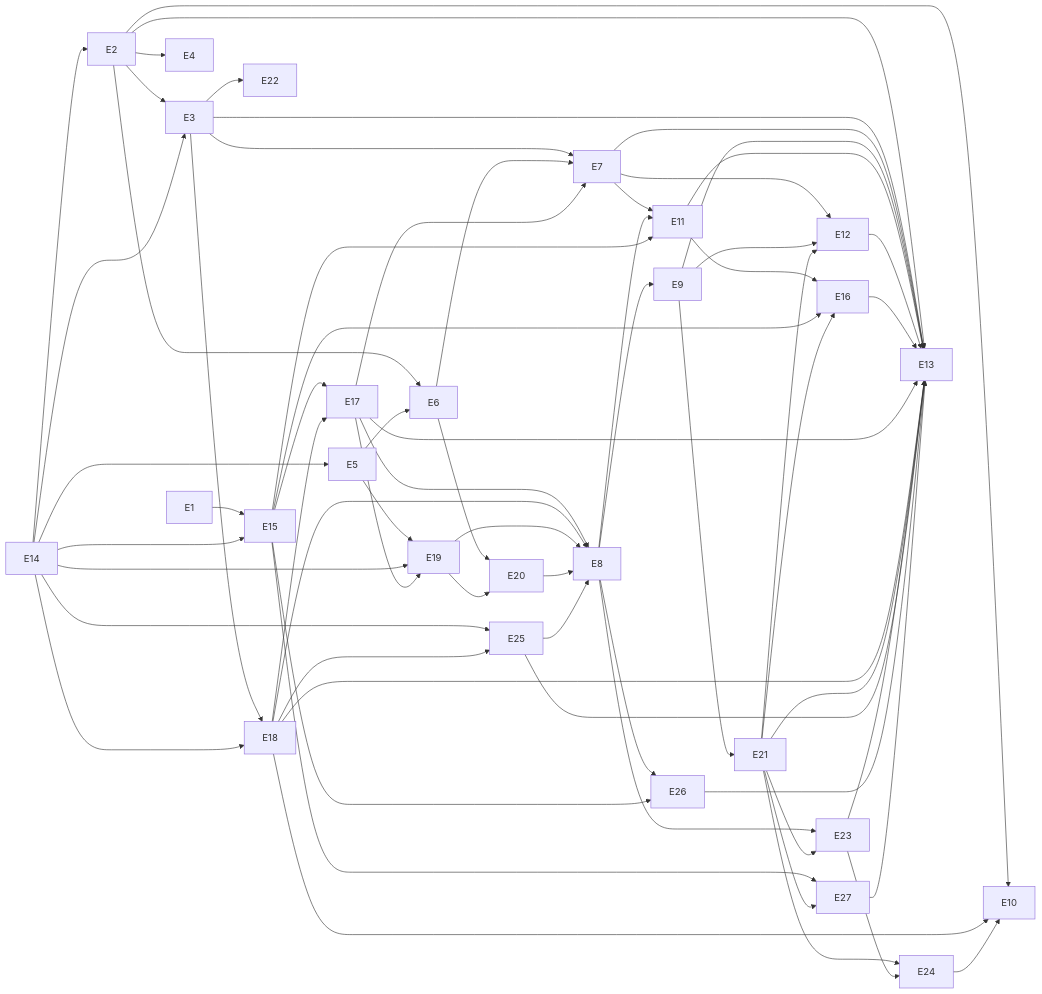
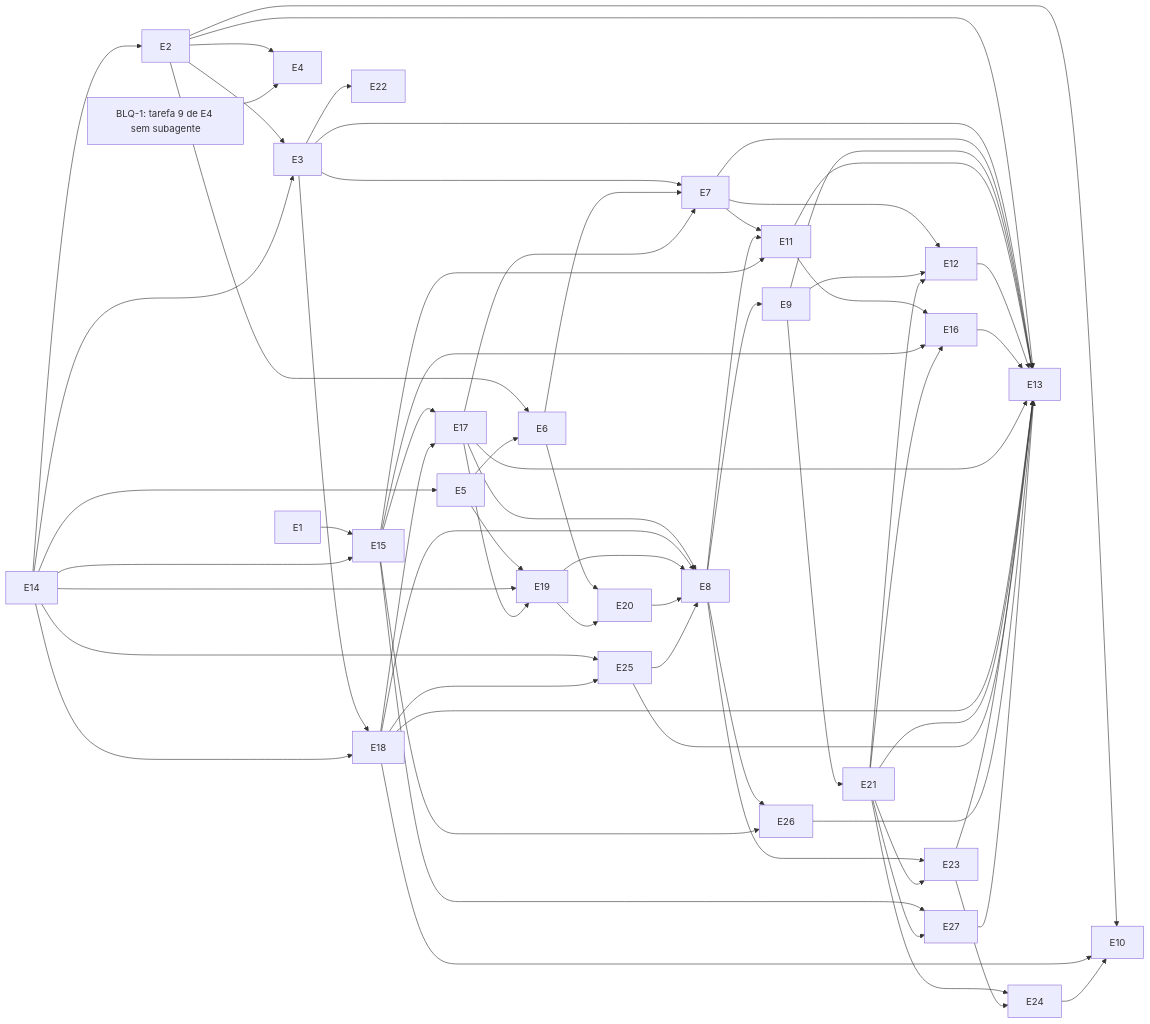
Before and after one commit to odeciojunior/claude-play: the diagram in docs/plans/roadmap-evolucao-skills/critical-path.md, drawn with Mermaid. The commit also changed other lines of this file and 2 other files, not shown here.

Commit message:
docs(roadmap): E4 bloqueado (BLQ-1), tarefa 9 sem subagente

````diff
--- a/docs/plans/roadmap-evolucao-skills/critical-path.md
+++ b/docs/plans/roadmap-evolucao-skills/critical-path.md
@@ -3,68 +3,69 @@
 ```mermaid
 graph LR
   E1 --> E15
   E14 --> E15
   E14 --> E2
   E2 --> E3
   E14 --> E3
   E3 --> E18
   E14 --> E18
   E14 --> E25
   E18 --> E25
   E3 --> E22
   E2 --> E4
   E15 --> E17
   E18 --> E17
   E14 --> E5
   E5 --> E19
   E14 --> E19
   E17 --> E19
   E2 --> E6
   E5 --> E6
   E6 --> E20
   E19 --> E20
   E3 --> E7
   E6 --> E7
   E17 --> E7
   E17 --> E8
   E18 --> E8
   E19 --> E8
   E20 --> E8
   E25 --> E8
   E7 --> E11
   E8 --> E11
   E15 --> E11
   E8 --> E26
   E15 --> E26
   E8 --> E9
   E9 --> E21
   E8 --> E23
   E21 --> E23
   E21 --> E24
   E23 --> E24
   E11 --> E16
   E15 --> E16
   E21 --> E16
   E15 --> E27
   E21 --> E27
   E2 --> E10
   E18 --> E10
   E24 --> E10
   E7 --> E12
   E9 --> E12
   E21 --> E12
   E2 --> E13
   E3 --> E13
   E7 --> E13
   E9 --> E13
   E11 --> E13
   E12 --> E13
   E16 --> E13
   E17 --> E13
   E18 --> E13
   E21 --> E13
   E23 --> E13
   E25 --> E13
   E26 --> E13
   E27 --> E13
+  BLQ1["BLQ-1: tarefa 9 de E4 sem subagente"] --> E4
 ```
````
